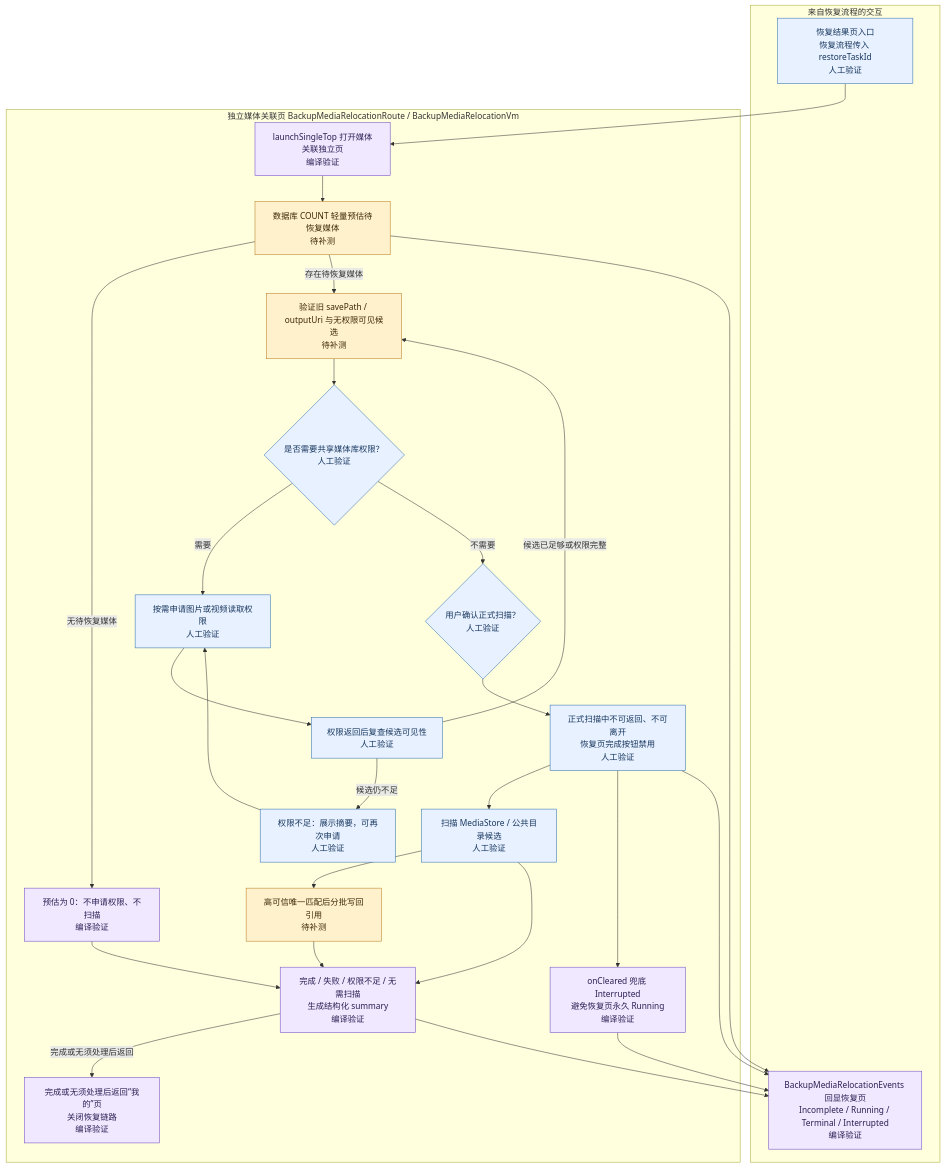
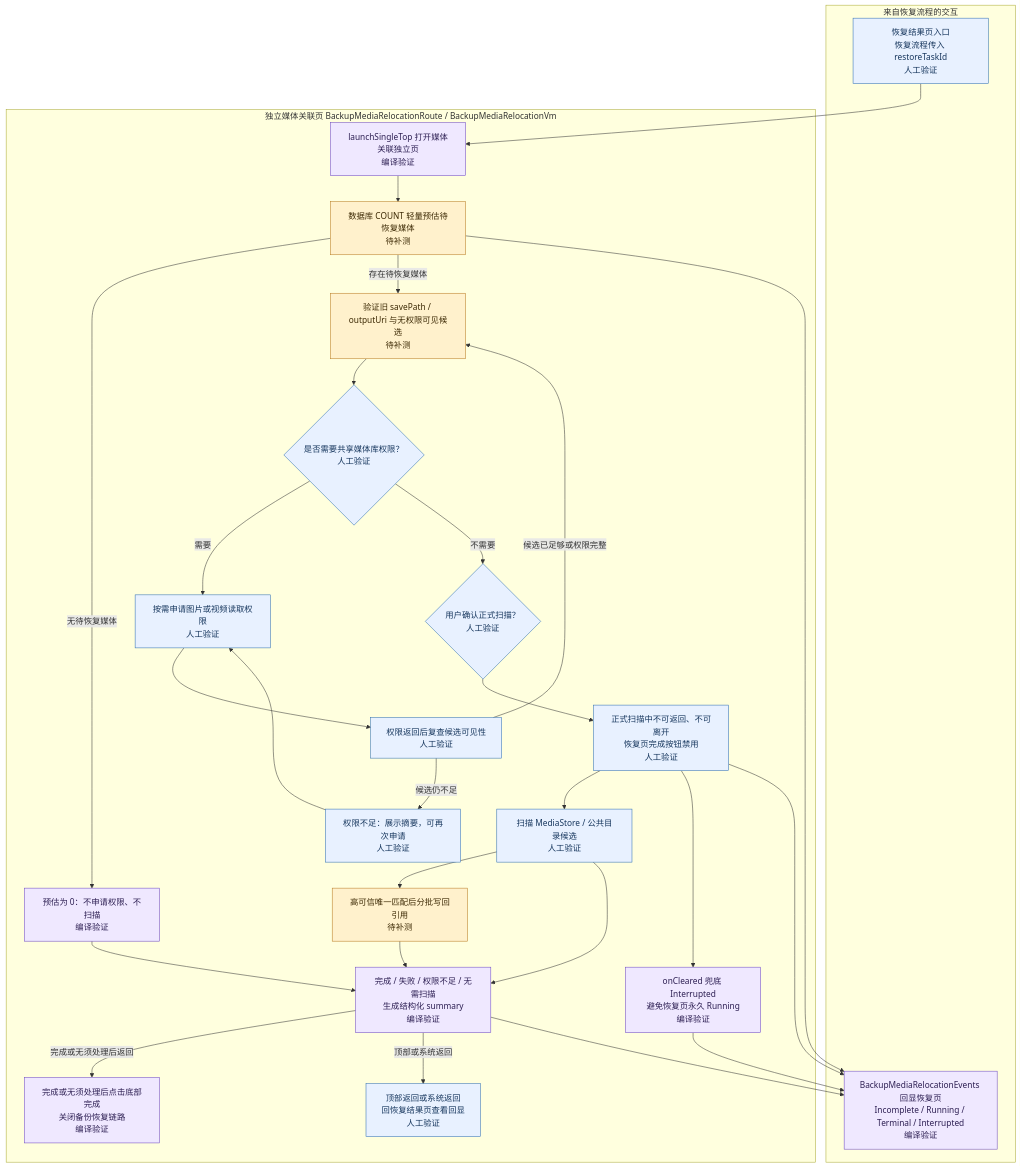
The third of 3 diagrams in docs/webdav_backup_plan.md (lwcla/ClipMaster), drawn with Mermaid before and after one commit. The commit also changed other lines of this file and 9 other files, not shown here.

````diff
--- a/docs/webdav_backup_plan.md
+++ b/docs/webdav_backup_plan.md
@@ -202,55 +206,57 @@
 ```mermaid
 %% title: 本地媒体关联流程
 flowchart TD
   subgraph RestoreBoundary["来自恢复流程的交互"]
     FromRestore["恢复结果页入口<br/>恢复流程传入 restoreTaskId<br/>人工验证"]:::manual
     BackToRestore["BackupMediaRelocationEvents 回显恢复页<br/>Incomplete / Running / Terminal / Interrupted<br/>编译验证"]:::compile
   end
 
   subgraph MediaPage["独立媒体关联页 BackupMediaRelocationRoute / BackupMediaRelocationVm"]
     LaunchMedia["launchSingleTop 打开媒体关联独立页<br/>编译验证"]:::compile
     Estimate["数据库 COUNT 轻量预估待恢复媒体<br/>待补测"]:::todo
     NoNeed["预估为 0：不申请权限、不扫描<br/>编译验证"]:::compile
     OldRefCheck["验证旧 savePath / outputUri 与无权限可见候选<br/>待补测"]:::todo
     Permission{"是否需要共享媒体库权限？<br/>人工验证"}:::manual
     PermissionRequest["按需申请图片或视频读取权限<br/>人工验证"]:::manual
     PermissionChecking["权限返回后复查候选可见性<br/>人工验证"]:::manual
     PermissionDenied["权限不足：展示摘要，可再次申请<br/>人工验证"]:::manual
     ScanConfirm{"用户确认正式扫描？<br/>人工验证"}:::manual
     Running["正式扫描中不可返回、不可离开<br/>恢复页完成按钮禁用<br/>人工验证"]:::manual
     Scan["扫描 MediaStore / 公共目录候选<br/>人工验证"]:::manual
     Relink["高可信唯一匹配后分批写回引用<br/>待补测"]:::todo
     Terminal["完成 / 失败 / 权限不足 / 无需扫描<br/>生成结构化 summary<br/>编译验证"]:::compile
-    SuccessBackMine["完成或无须处理后返回“我的”页<br/>关闭恢复链路<br/>编译验证"]:::compile
+    SuccessCloseStack["完成或无须处理后点击底部完成<br/>关闭备份恢复链路<br/>编译验证"]:::compile
+    BackOneLevel["顶部返回或系统返回<br/>回恢复结果页查看回显<br/>人工验证"]:::manual
     Interrupted["onCleared 兜底 Interrupted<br/>避免恢复页永久 Running<br/>编译验证"]:::compile
   end
 
   FromRestore --> LaunchMedia
   LaunchMedia --> Estimate
   Estimate -->|"无待恢复媒体"| NoNeed
   Estimate -->|"存在待恢复媒体"| OldRefCheck
   NoNeed --> Terminal
   OldRefCheck --> Permission
   Permission -->|"需要"| PermissionRequest
   Permission -->|"不需要"| ScanConfirm
   PermissionRequest --> PermissionChecking
   PermissionChecking -->|"候选仍不足"| PermissionDenied
   PermissionChecking -->|"候选已足够或权限完整"| OldRefCheck
   PermissionDenied --> PermissionRequest
   ScanConfirm --> Running
   Running --> Scan
   Scan --> Relink
   Relink --> Terminal
   Scan --> Terminal
   Running --> Interrupted
-  Terminal -->|"完成或无须处理后返回"| SuccessBackMine
+  Terminal -->|"完成或无须处理后返回"| SuccessCloseStack
+  Terminal -->|"顶部或系统返回"| BackOneLevel
   Estimate --> BackToRestore
   Running --> BackToRestore
   Terminal --> BackToRestore
   Interrupted --> BackToRestore
 
   classDef unit fill:#dff5e7,stroke:#26804b,color:#16351f;
   classDef todo fill:#fff1cc,stroke:#b7791f,color:#3d2a05;
   classDef manual fill:#e8f1ff,stroke:#2b6cb0,color:#17375e;
   classDef compile fill:#efe8ff,stroke:#6b46c1,color:#2d1f53;
 ```
````
